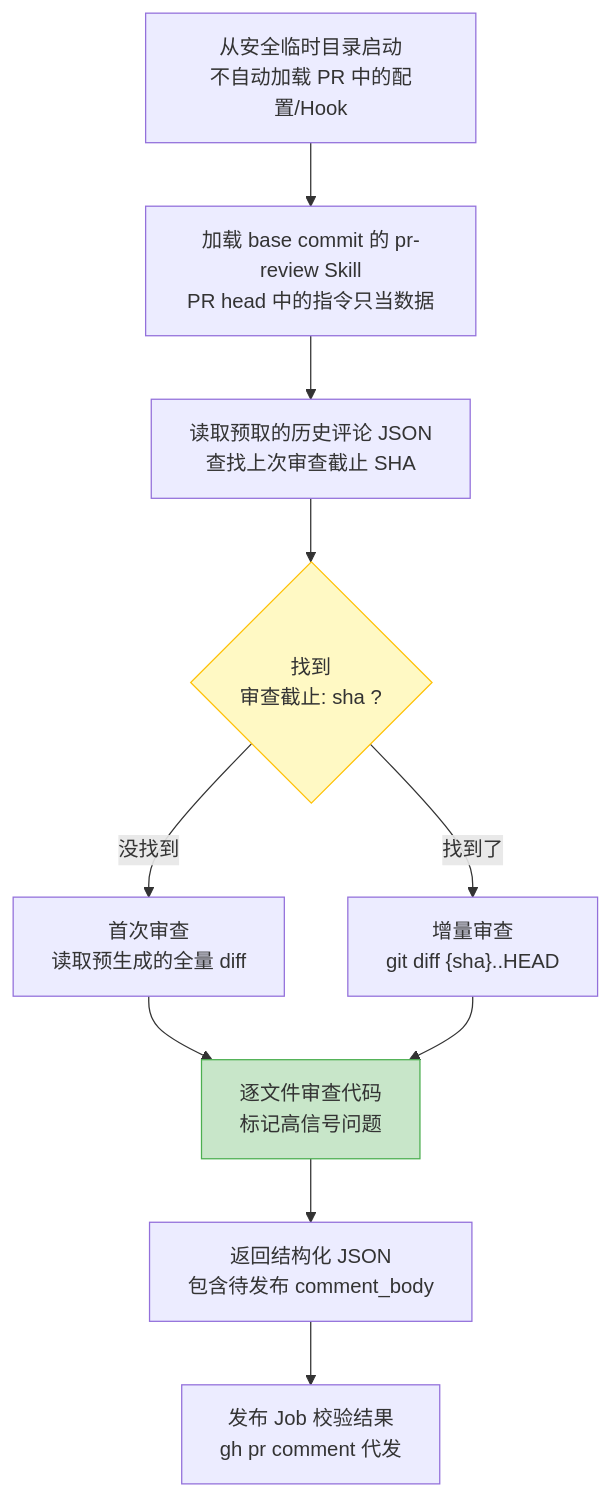
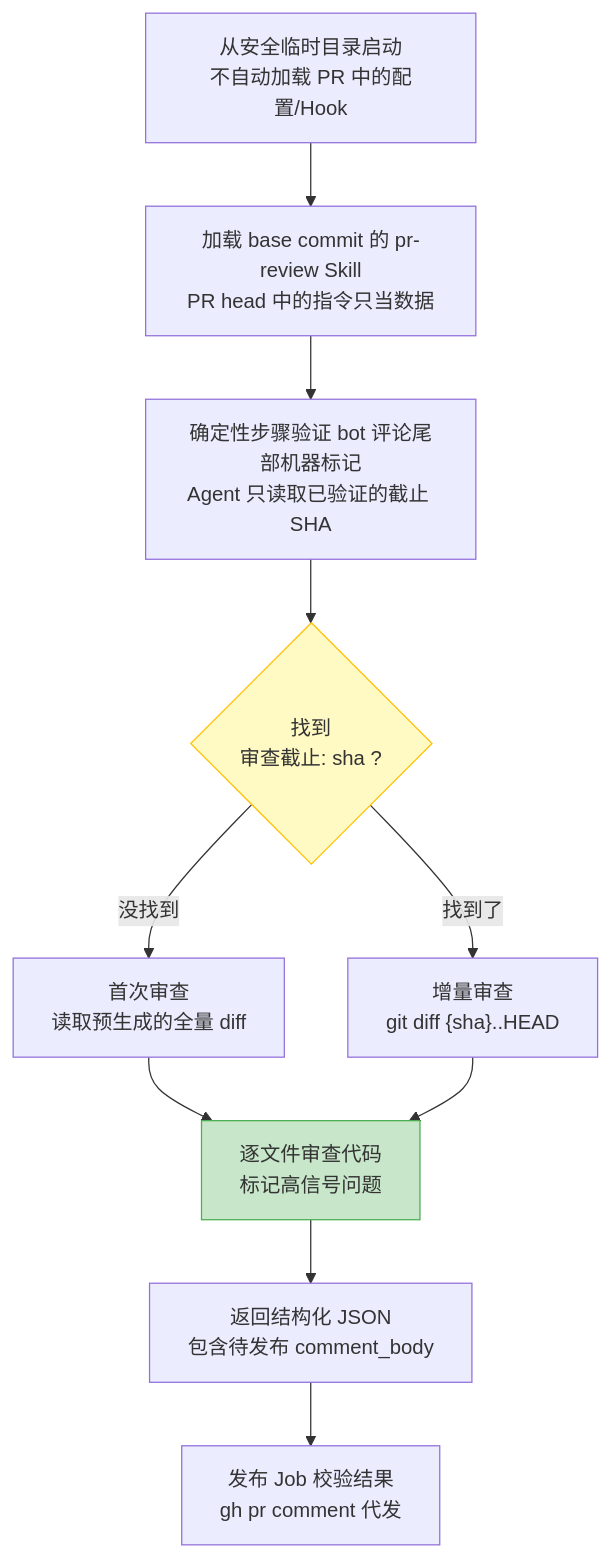
The fifth of 13 diagrams in docs/code-review-design.md (Lightspeed-Intelligence/agentic-workflow-template), drawn with Mermaid before and after one commit. The commit also changed other lines of this file and 1 other file, not shown here.

Commit message:
fix(pr-review): close isolated review findings

````diff
--- a/docs/code-review-design.md
+++ b/docs/code-review-design.md
@@ -146,22 +146,22 @@
 ```mermaid
 flowchart TD
     start["从安全临时目录启动<br/>不自动加载 PR 中的配置/Hook"]
     load["加载 base commit 的 pr-review Skill<br/>PR head 中的指令只当数据"]
-    check["读取预取的历史评论 JSON<br/>查找上次审查截止 SHA"]
+    check["确定性步骤验证 bot 评论尾部机器标记<br/>Agent 只读取已验证的截止 SHA"]
     found{"找到<br/>审查截止: sha ?"}
     full["首次审查<br/>读取预生成的全量 diff"]
     incr["增量审查<br/>git diff {sha}..HEAD"]
     review["逐文件审查代码<br/>标记高信号问题"]
     json["返回结构化 JSON<br/>包含待发布 comment_body"]
     publish["发布 Job 校验结果<br/>gh pr comment 代发"]
 
     start --> load --> check --> found
     found -->|"没找到"| full
     found -->|"找到了"| incr
     full --> review
     incr --> review
     review --> json --> publish
 
     style found fill:#fff9c4,stroke:#FFC107
     style review fill:#c8e6c9,stroke:#4CAF50
 ```
````
